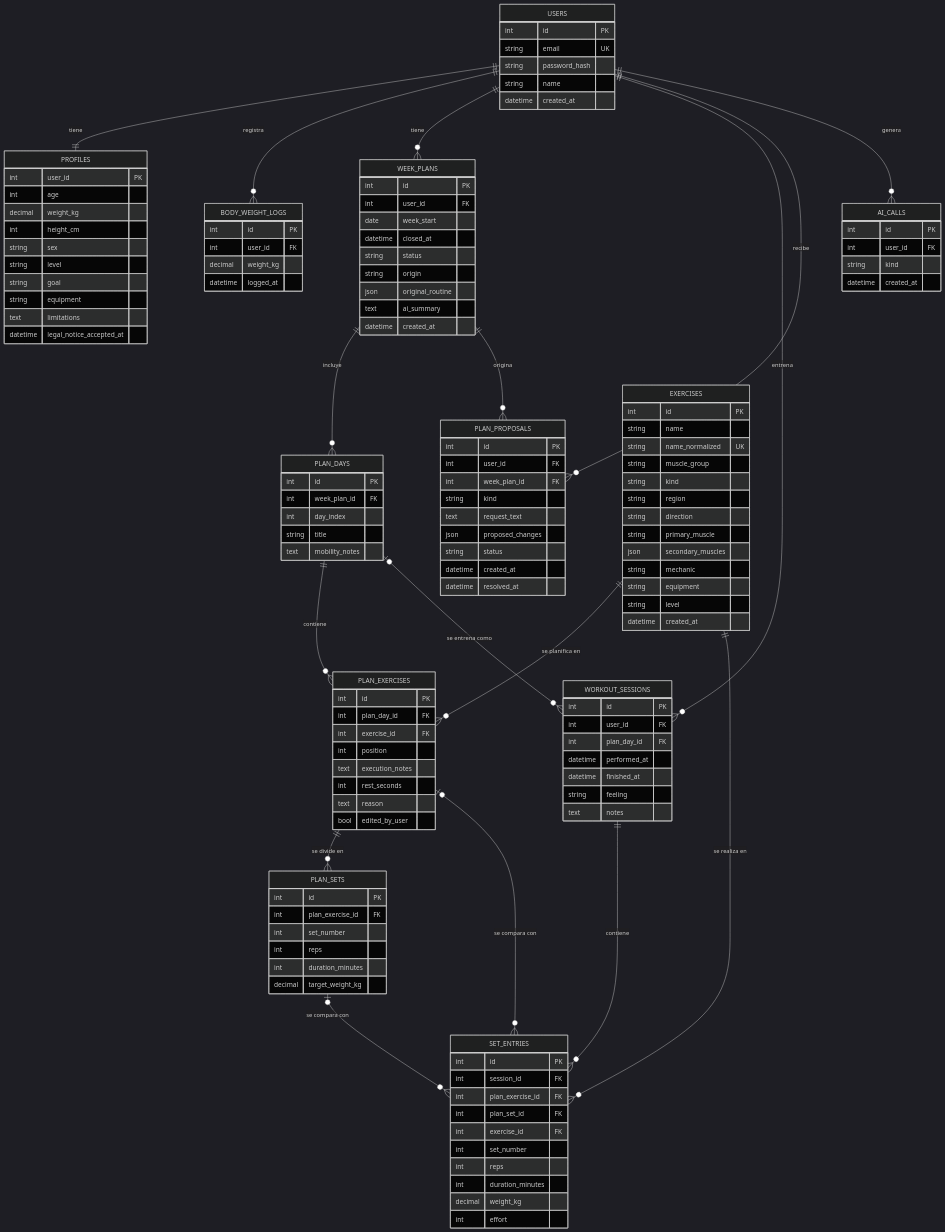
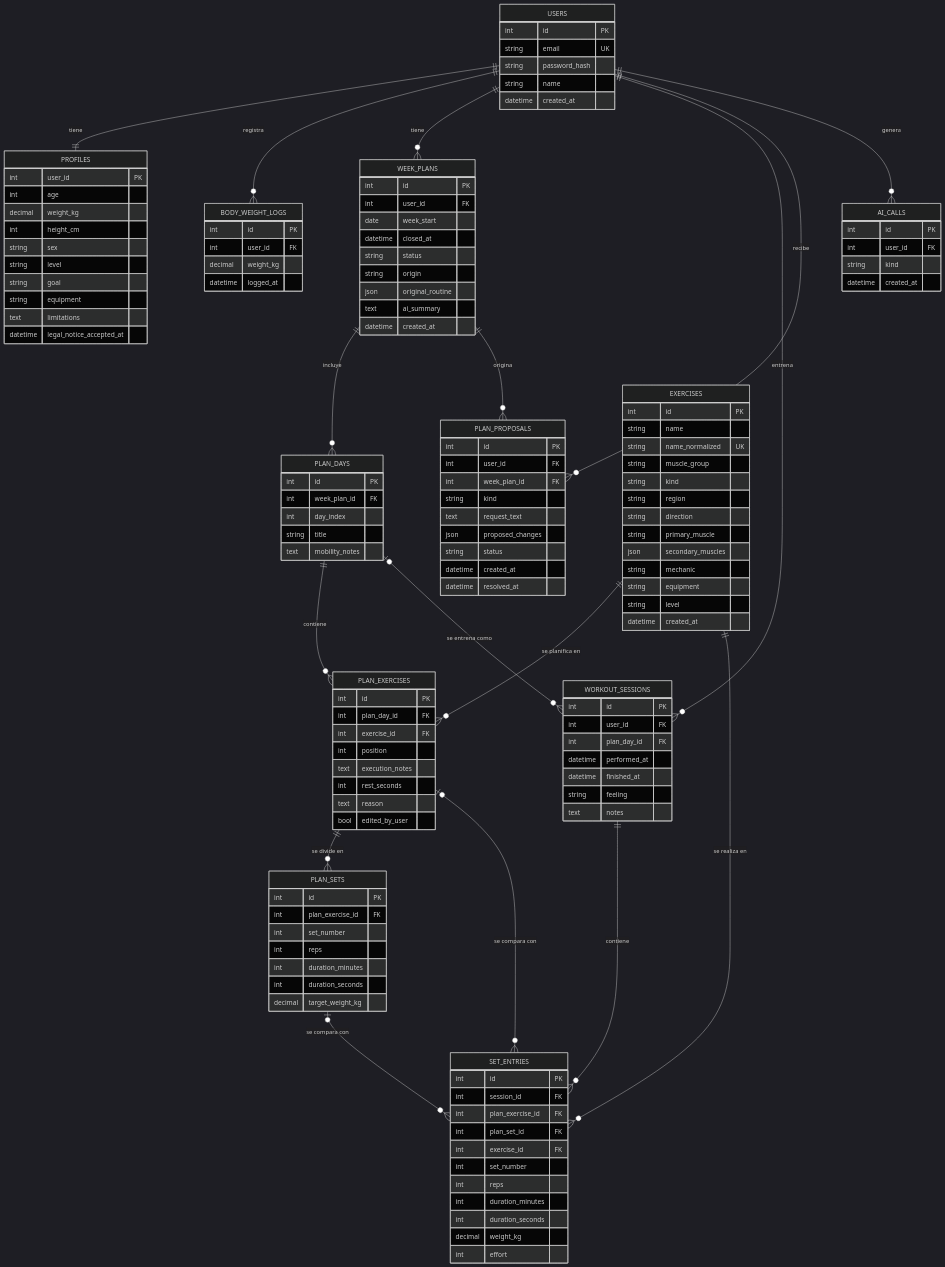
The diagram in docs/modelo-datos.md (Chogarn/Spotter), drawn with Mermaid (dark theme) before and after one commit. The commit also changed other lines of this file and 4 other files, not shown here.

```diff
--- a/docs/modelo-datos.md
+++ b/docs/modelo-datos.md
@@ -114,6 +115,7 @@
         int set_number
         int reps
         int duration_minutes
+        int duration_seconds
         decimal target_weight_kg
     }
     WORKOUT_SESSIONS {
@@ -134,6 +136,7 @@
         int set_number
         int reps
         int duration_minutes
+        int duration_seconds
         decimal weight_kg
         int effort
     }
```
